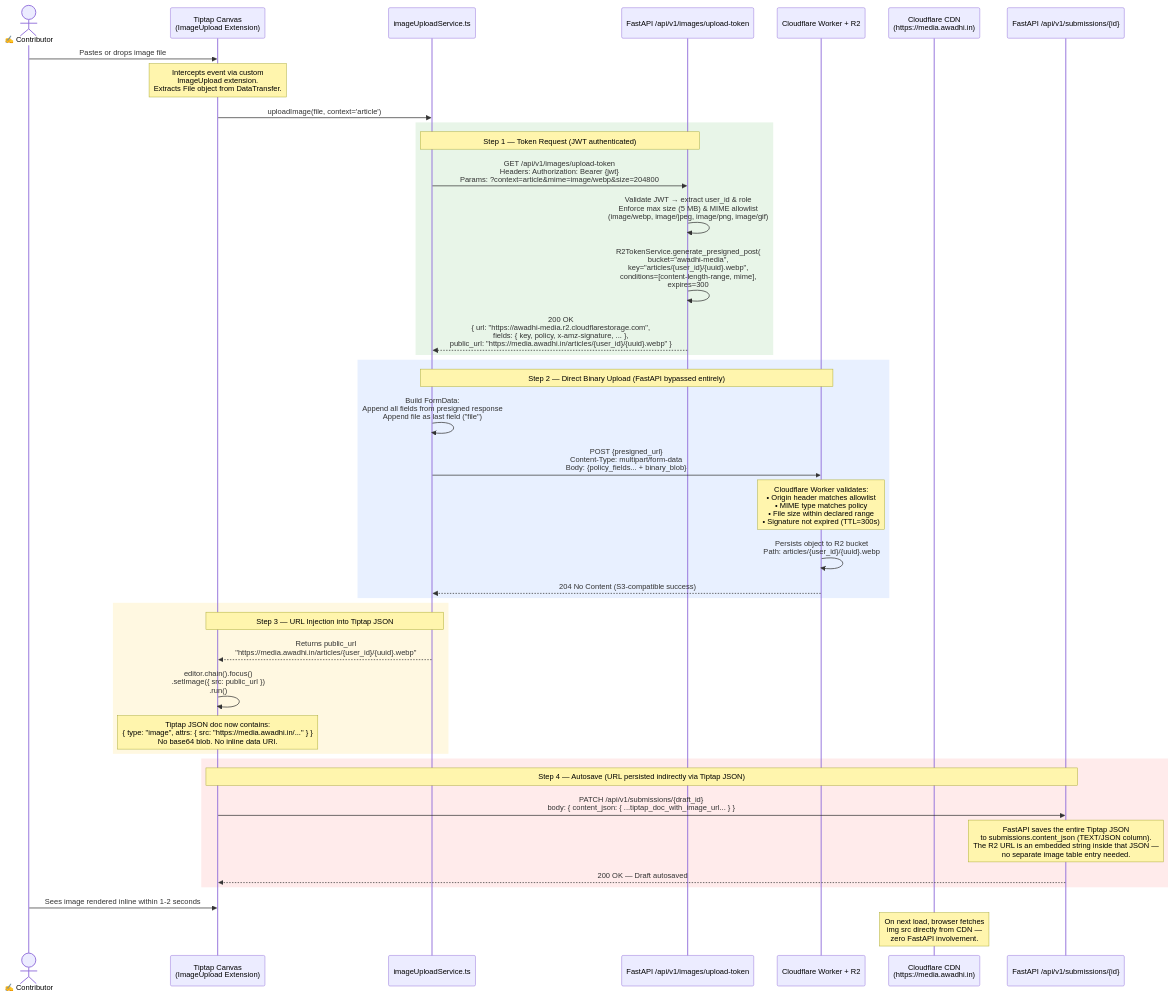
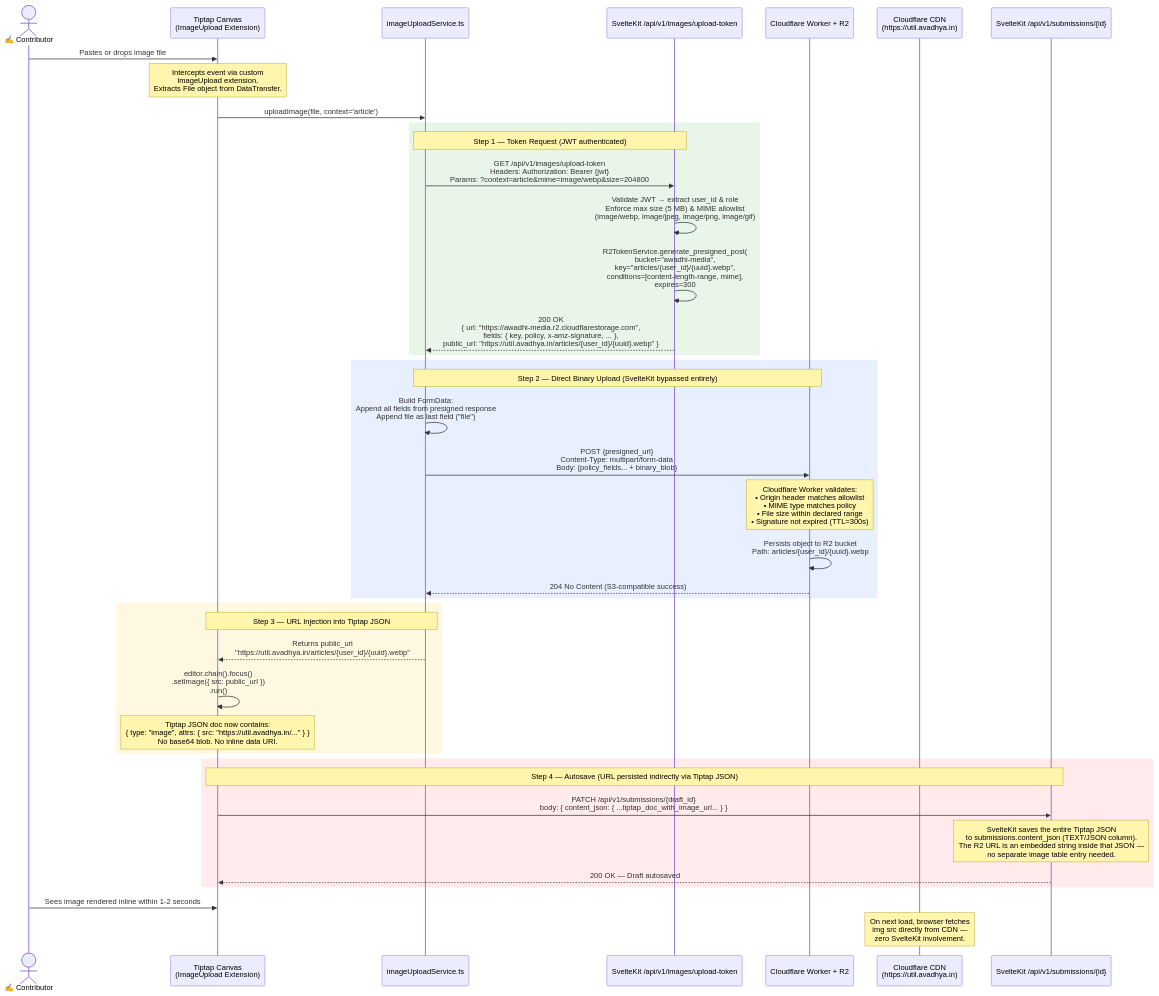
The second of 6 diagrams in plan/image_microservice_architecture_section1.md (Adarshv0524/ext-util), drawn with Mermaid before and after one commit. The commit also changed other lines of this file and 16 other files, not shown here.

````diff
--- a/plan/image_microservice_architecture_section1.md
+++ b/plan/image_microservice_architecture_section1.md
@@ -135,49 +135,49 @@
 ```mermaid
 sequenceDiagram
     actor User as ✍️ Contributor
     participant Tiptap as Tiptap Canvas<br/>(ImageUpload Extension)
     participant ImageSvc as imageUploadService.ts
-    participant FastAPI as FastAPI /api/v1/images/upload-token
+    participant SvelteKit as SvelteKit /api/v1/images/upload-token
     participant R2Worker as Cloudflare Worker + R2
-    participant CDN as Cloudflare CDN<br/>(https://media.awadhi.in)
-    participant SubAPI as FastAPI /api/v1/submissions/{id}
+    participant CDN as Cloudflare CDN<br/>(https://util.avadhya.in)
+    participant SubAPI as SvelteKit /api/v1/submissions/{id}
 
     User->>Tiptap: Pastes or drops image file
     Note over Tiptap: Intercepts event via custom<br/>ImageUpload extension.<br/>Extracts File object from DataTransfer.
 
     Tiptap->>ImageSvc: uploadImage(file, context='article')
 
     rect rgb(232, 245, 232)
-        Note over ImageSvc,FastAPI: Step 1 — Token Request (JWT authenticated)
-        ImageSvc->>FastAPI: GET /api/v1/images/upload-token<br/>Headers: Authorization: Bearer {jwt}<br/>Params: ?context=article&mime=image/webp&size=204800
-        FastAPI->>FastAPI: Validate JWT → extract user_id & role<br/>Enforce max size (5 MB) & MIME allowlist<br/>(image/webp, image/jpeg, image/png, image/gif)
-        FastAPI->>FastAPI: R2TokenService.generate_presigned_post(<br/>  bucket="awadhi-media",<br/>  key="articles/{user_id}/{uuid}.webp",<br/>  conditions=[content-length-range, mime],<br/>  expires=300  # 5 minutes<br/>)
-        FastAPI-->>ImageSvc: 200 OK<br/>{ url: "https://awadhi-media.r2.cloudflarestorage.com",<br/>  fields: { key, policy, x-amz-signature, ... },<br/>  public_url: "https://media.awadhi.in/articles/{user_id}/{uuid}.webp" }
+        Note over ImageSvc,SvelteKit: Step 1 — Token Request (JWT authenticated)
+        ImageSvc->>SvelteKit: GET /api/v1/images/upload-token<br/>Headers: Authorization: Bearer {jwt}<br/>Params: ?context=article&mime=image/webp&size=204800
+        SvelteKit->>SvelteKit: Validate JWT → extract user_id & role<br/>Enforce max size (5 MB) & MIME allowlist<br/>(image/webp, image/jpeg, image/png, image/gif)
+        SvelteKit->>SvelteKit: R2TokenService.generate_presigned_post(<br/>  bucket="awadhi-media",<br/>  key="articles/{user_id}/{uuid}.webp",<br/>  conditions=[content-length-range, mime],<br/>  expires=300  # 5 minutes<br/>)
+        SvelteKit-->>ImageSvc: 200 OK<br/>{ url: "https://awadhi-media.r2.cloudflarestorage.com",<br/>  fields: { key, policy, x-amz-signature, ... },<br/>  public_url: "https://util.avadhya.in/articles/{user_id}/{uuid}.webp" }
     end
 
     rect rgb(232, 240, 255)
-        Note over ImageSvc,R2Worker: Step 2 — Direct Binary Upload (FastAPI bypassed entirely)
+        Note over ImageSvc,R2Worker: Step 2 — Direct Binary Upload (SvelteKit bypassed entirely)
         ImageSvc->>ImageSvc: Build FormData:<br/>  Append all fields from presigned response<br/>  Append file as last field ("file")
         ImageSvc->>R2Worker: POST {presigned_url}<br/>Content-Type: multipart/form-data<br/>Body: {policy_fields... + binary_blob}
         Note over R2Worker: Cloudflare Worker validates:<br/>• Origin header matches allowlist<br/>• MIME type matches policy<br/>• File size within declared range<br/>• Signature not expired (TTL=300s)
         R2Worker->>R2Worker: Persists object to R2 bucket<br/>Path: articles/{user_id}/{uuid}.webp
         R2Worker-->>ImageSvc: 204 No Content (S3-compatible success)
     end
 
     rect rgb(255, 248, 225)
         Note over ImageSvc,Tiptap: Step 3 — URL Injection into Tiptap JSON
-        ImageSvc-->>Tiptap: Returns public_url<br/>"https://media.awadhi.in/articles/{user_id}/{uuid}.webp"
+        ImageSvc-->>Tiptap: Returns public_url<br/>"https://util.avadhya.in/articles/{user_id}/{uuid}.webp"
         Tiptap->>Tiptap: editor.chain().focus()<br/>  .setImage({ src: public_url })<br/>  .run()
-        Note over Tiptap: Tiptap JSON doc now contains:<br/>{ type: "image", attrs: { src: "https://media.awadhi.in/..." } }<br/>No base64 blob. No inline data URI.
+        Note over Tiptap: Tiptap JSON doc now contains:<br/>{ type: "image", attrs: { src: "https://util.avadhya.in/..." } }<br/>No base64 blob. No inline data URI.
     end
 
     rect rgb(255, 235, 235)
         Note over Tiptap,SubAPI: Step 4 — Autosave (URL persisted indirectly via Tiptap JSON)
         Tiptap->>SubAPI: PATCH /api/v1/submissions/{draft_id}<br/>body: { content_json: { ...tiptap_doc_with_image_url... } }
-        Note over SubAPI: FastAPI saves the entire Tiptap JSON<br/>to submissions.content_json (TEXT/JSON column).<br/>The R2 URL is an embedded string inside that JSON —<br/>no separate image table entry needed.
+        Note over SubAPI: SvelteKit saves the entire Tiptap JSON<br/>to submissions.content_json (TEXT/JSON column).<br/>The R2 URL is an embedded string inside that JSON —<br/>no separate image table entry needed.
         SubAPI-->>Tiptap: 200 OK — Draft autosaved
     end
 
     User->>Tiptap: Sees image rendered inline within 1-2 seconds
-    Note over CDN: On next load, browser fetches<br/>img src directly from CDN —<br/>zero FastAPI involvement.
+    Note over CDN: On next load, browser fetches<br/>img src directly from CDN —<br/>zero SvelteKit involvement.
 ```
````
